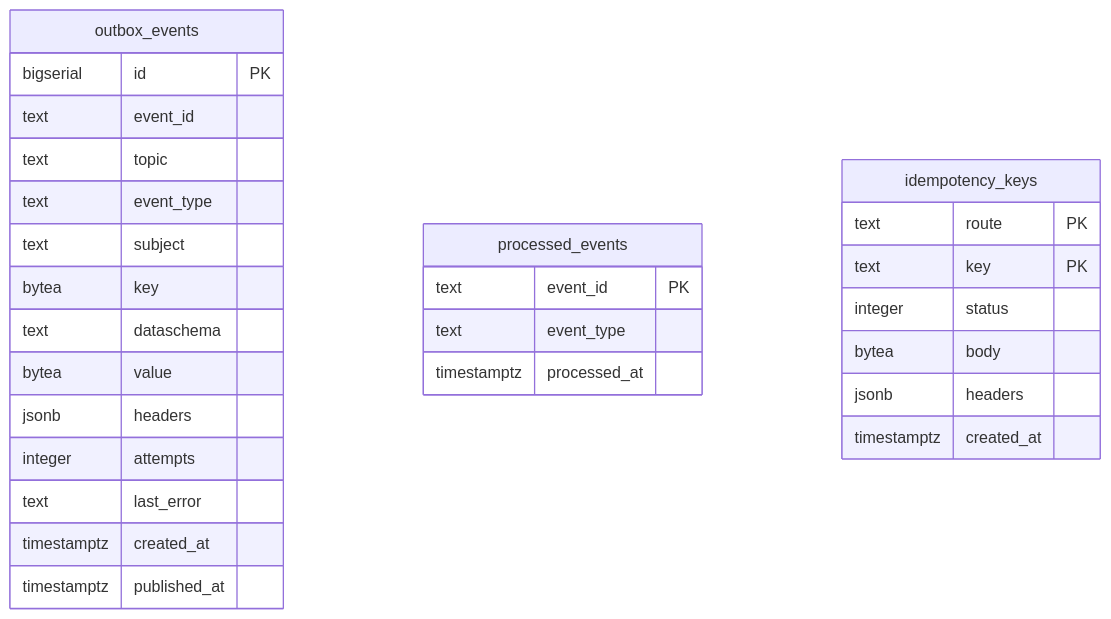
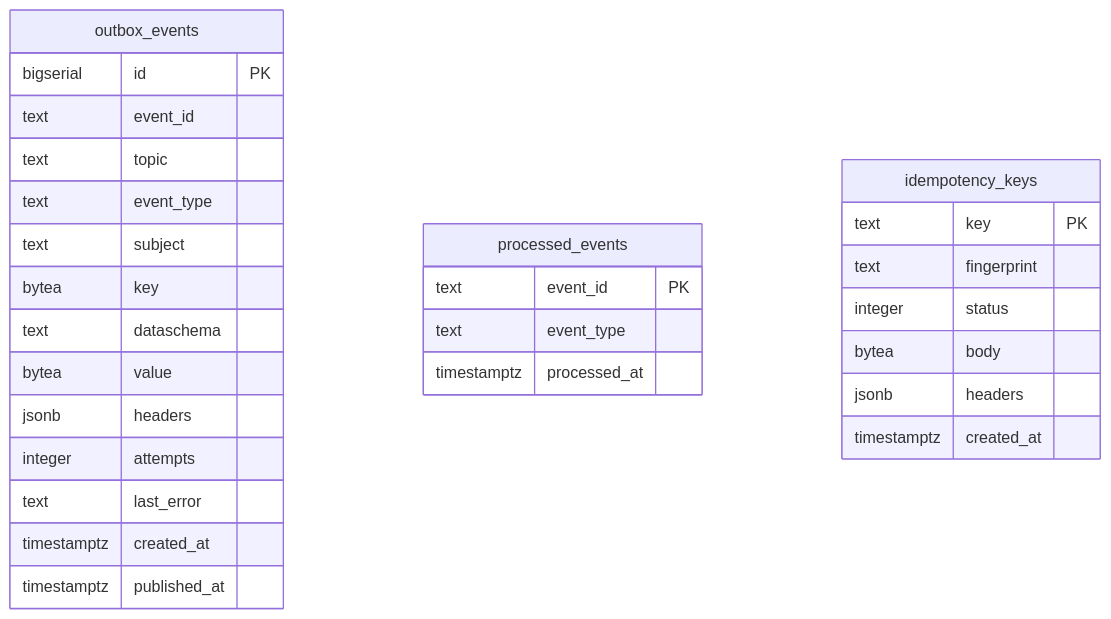
The fifth of 5 diagrams in docs/docs/ddd/entity-relationship.md (IQVO/order-sourcing), drawn with Mermaid before and after one commit. The commit also changed other lines of this file and 46 other files, not shown here.

````diff
--- a/docs/docs/ddd/entity-relationship.md
+++ b/docs/docs/ddd/entity-relationship.md
@@ -181,31 +181,31 @@
 ```mermaid
 erDiagram
     outbox_events {
         bigserial id PK
         text event_id
         text topic
         text event_type
         text subject
         bytea key
         text dataschema
         bytea value
         jsonb headers
         integer attempts
         text last_error
         timestamptz created_at
         timestamptz published_at
     }
     processed_events {
         text event_id PK
         text event_type
         timestamptz processed_at
     }
     idempotency_keys {
-        text route PK
         text key PK
+        text fingerprint
         integer status
         bytea body
         jsonb headers
         timestamptz created_at
     }
 ```
````
